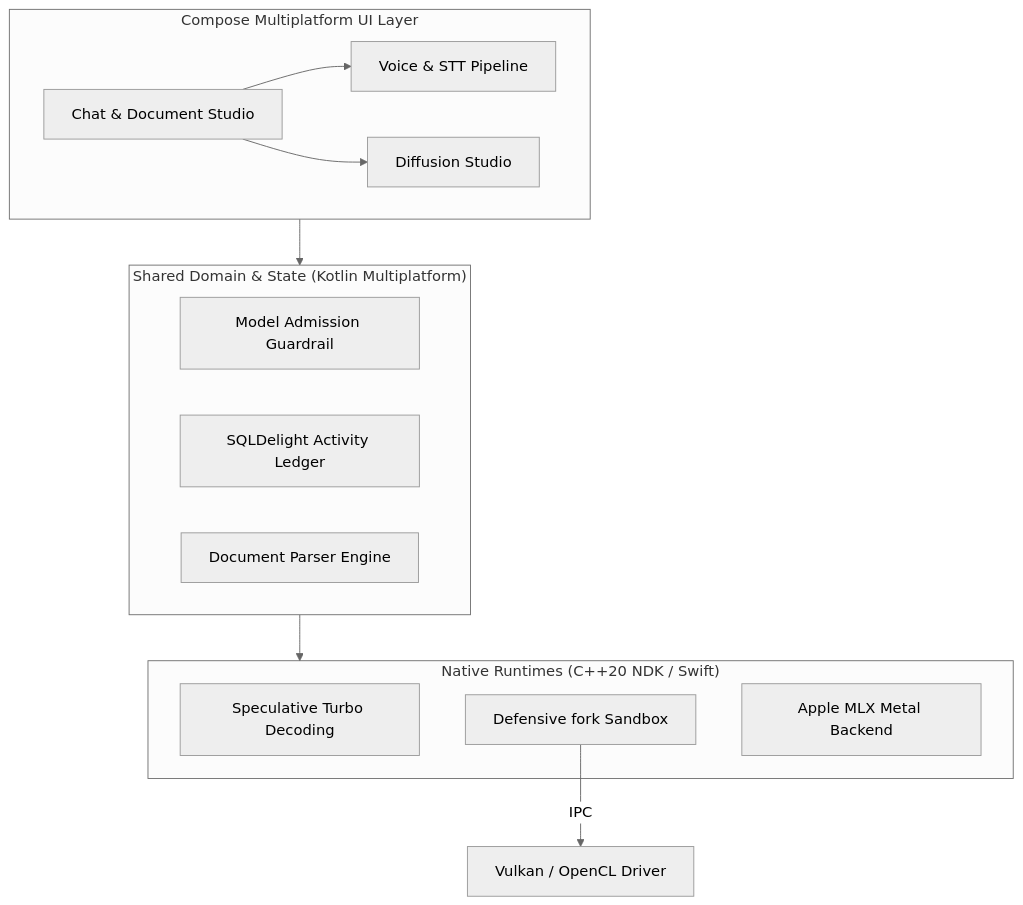
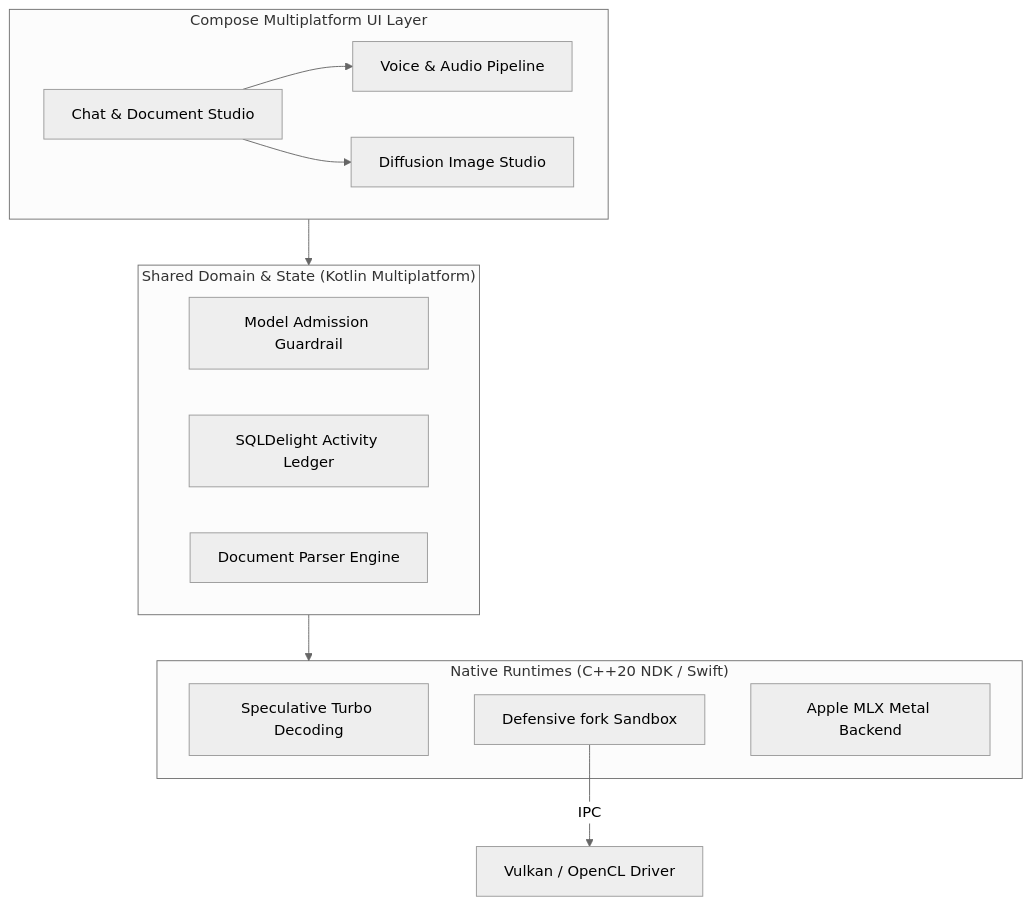
One commit to DearDhruv/deardhruv.com changed the diagram in content/projects.md. Above: the diagram before and after it, drawn with Mermaid (neutral theme). The commit also changed other lines of this file and 1 other file, not shown here.

````diff
--- a/content/projects.md
+++ b/content/projects.md
@@ -25,23 +26,23 @@
 ```mermaid
 flowchart TD
     subgraph UI ["Compose Multiplatform UI Layer"]
-        A[Chat & Document Studio] --> B[Voice & STT Pipeline]
-        A --> C[Diffusion Studio]
+        A[Chat & Document Studio] --> B[Voice & Audio Pipeline]
+        A --> C[Diffusion Image Studio]
     end
 
     subgraph KMP ["Shared Domain & State (Kotlin Multiplatform)"]
         D[Model Admission Guardrail]
         E[SQLDelight Activity Ledger]
         F[Document Parser Engine]
     end
 
     subgraph Native ["Native Runtimes (C++20 NDK / Swift)"]
         G[Speculative Turbo Decoding]
         H[Defensive fork Sandbox]
         I[Apple MLX Metal Backend]
     end
 
     UI --> KMP
     KMP --> Native
     H -->|IPC| J[Vulkan / OpenCL Driver]
 ```
````
